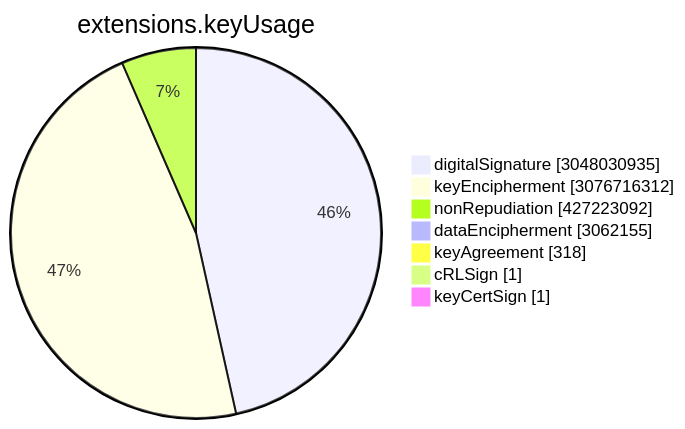
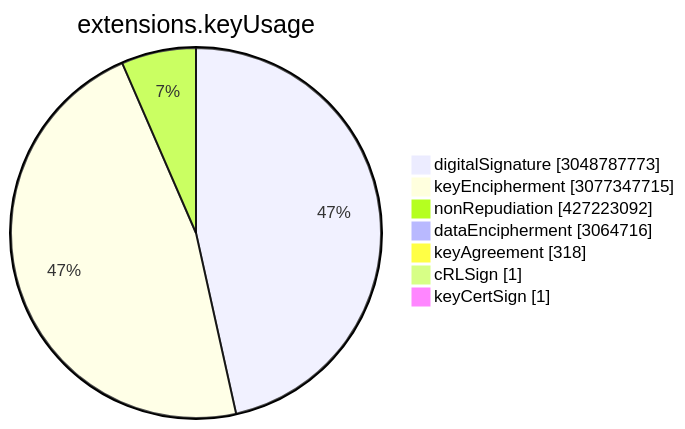
The sixth of 15 diagrams in TOTAL/README.md (christiankrug/ctmonitor_visualization), drawn with Mermaid before and after one commit. The commit also changed other lines of this file, not shown here.

````diff
--- a/TOTAL/README.md
+++ b/TOTAL/README.md
@@ -3075,11 +3075,11 @@
 ```mermaid
 pie showData
 title extensions.keyUsage
-"digitalSignature" :3048030935
-"keyEncipherment" :3076716312
+"digitalSignature" :3048787773
+"keyEncipherment" :3077347715
 "nonRepudiation" :427223092
-"dataEncipherment" :3062155
+"dataEncipherment" :3064716
 "keyAgreement" :318
 "cRLSign" :1
 "keyCertSign" :1
 ```
````
